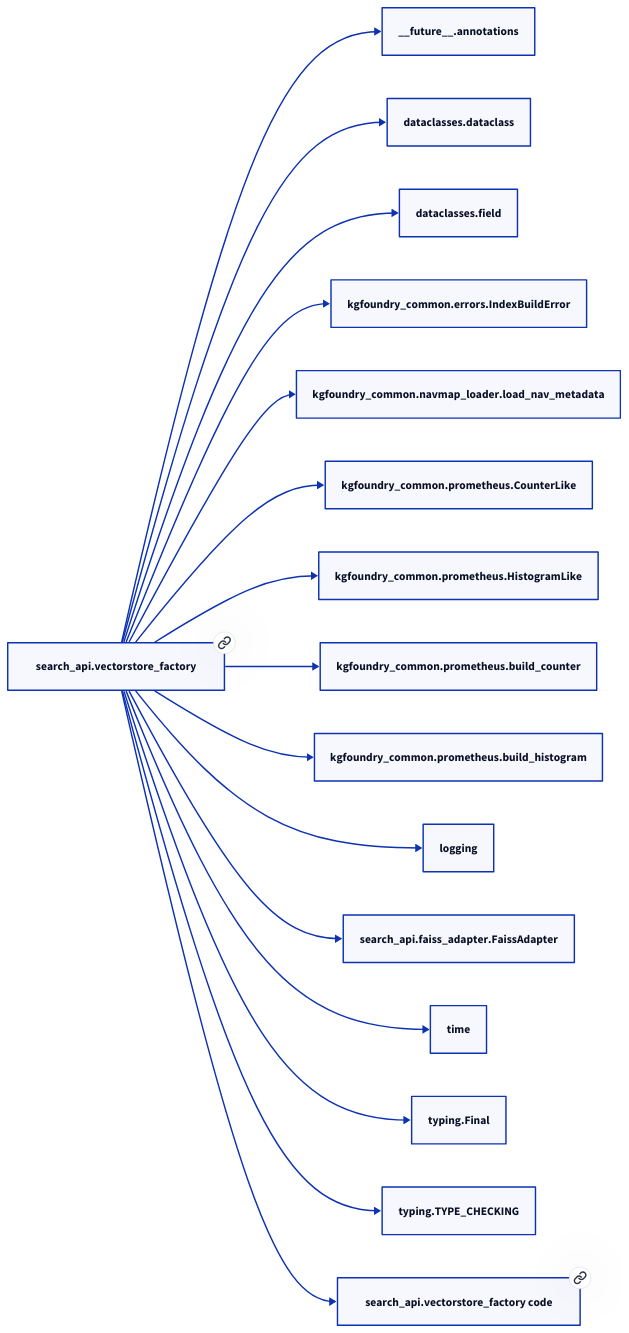
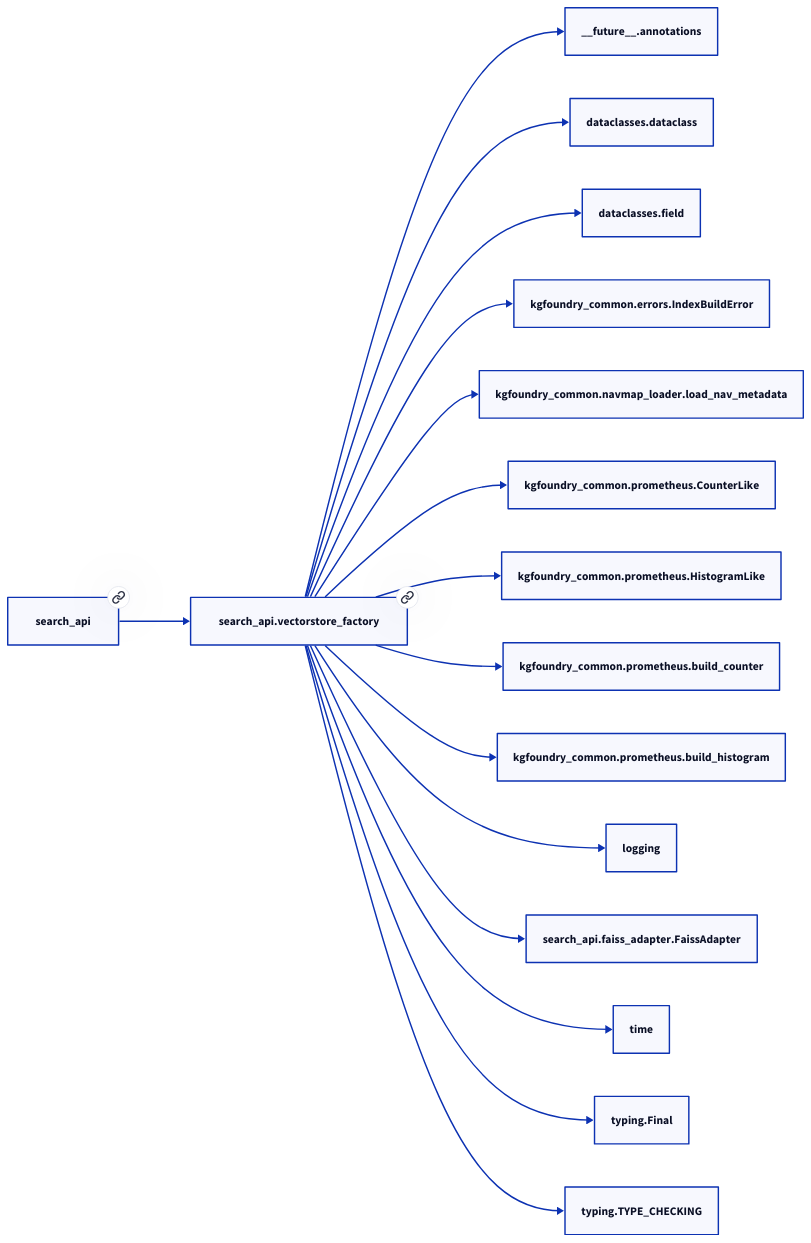
One commit to paul-heyse/kgforge changed the second of 2 diagrams in docs/modules/search_api/vectorstore_factory.md. Above: the diagram before and after it, drawn with D2. The commit also changed other lines of this file and 208 other files, not shown here.

````diff
--- a/docs/modules/search_api/vectorstore_factory.md
+++ b/docs/modules/search_api/vectorstore_factory.md
@@ -50,34 +54,34 @@
 ```d2
 direction: right
-"search_api.vectorstore_factory": "search_api.vectorstore_factory" { link: "./search_api/vectorstore_factory.md" }
+"search_api.vectorstore_factory": "search_api.vectorstore_factory" { link: "https://github.com/paul-heyse/kgfoundry/blob/main/src/search_api/vectorstore_factory.py" }
 "__future__.annotations": "__future__.annotations"
 "search_api.vectorstore_factory" -> "__future__.annotations"
 "dataclasses.dataclass": "dataclasses.dataclass"
 "search_api.vectorstore_factory" -> "dataclasses.dataclass"
 "dataclasses.field": "dataclasses.field"
 "search_api.vectorstore_factory" -> "dataclasses.field"
 "kgfoundry_common.errors.IndexBuildError": "kgfoundry_common.errors.IndexBuildError"
 "search_api.vectorstore_factory" -> "kgfoundry_common.errors.IndexBuildError"
 "kgfoundry_common.navmap_loader.load_nav_metadata": "kgfoundry_common.navmap_loader.load_nav_metadata"
 "search_api.vectorstore_factory" -> "kgfoundry_common.navmap_loader.load_nav_metadata"
 "kgfoundry_common.prometheus.CounterLike": "kgfoundry_common.prometheus.CounterLike"
 "search_api.vectorstore_factory" -> "kgfoundry_common.prometheus.CounterLike"
 "kgfoundry_common.prometheus.HistogramLike": "kgfoundry_common.prometheus.HistogramLike"
 "search_api.vectorstore_factory" -> "kgfoundry_common.prometheus.HistogramLike"
 "kgfoundry_common.prometheus.build_counter": "kgfoundry_common.prometheus.build_counter"
 "search_api.vectorstore_factory" -> "kgfoundry_common.prometheus.build_counter"
 "kgfoundry_common.prometheus.build_histogram": "kgfoundry_common.prometheus.build_histogram"
 "search_api.vectorstore_factory" -> "kgfoundry_common.prometheus.build_histogram"
 "logging": "logging"
 "search_api.vectorstore_factory" -> "logging"
 "search_api.faiss_adapter.FaissAdapter": "search_api.faiss_adapter.FaissAdapter"
 "search_api.vectorstore_factory" -> "search_api.faiss_adapter.FaissAdapter"
 "time": "time"
 "search_api.vectorstore_factory" -> "time"
 "typing.Final": "typing.Final"
 "search_api.vectorstore_factory" -> "typing.Final"
 "typing.TYPE_CHECKING": "typing.TYPE_CHECKING"
 "search_api.vectorstore_factory" -> "typing.TYPE_CHECKING"
-"search_api.vectorstore_factory_code": "search_api.vectorstore_factory code" { link: "https://github.com/kgfoundry/kgfoundry/blob/main/src/search_api/vectorstore_factory.py" }
-"search_api.vectorstore_factory" -> "search_api.vectorstore_factory_code" { style: dashed }
+"search_api": "search_api" { link: "https://github.com/paul-heyse/kgfoundry/blob/main/src/search_api/__init__.py" }
+"search_api" -> "search_api.vectorstore_factory" { style: dashed }
 ```
````
